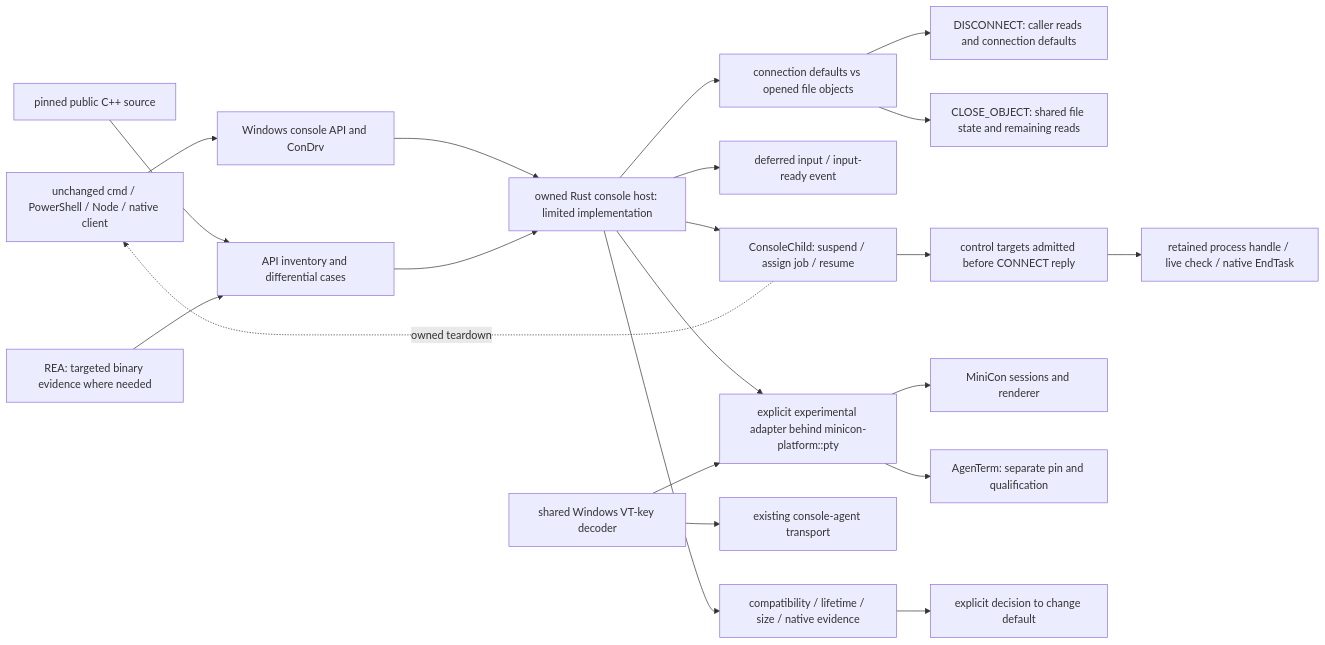
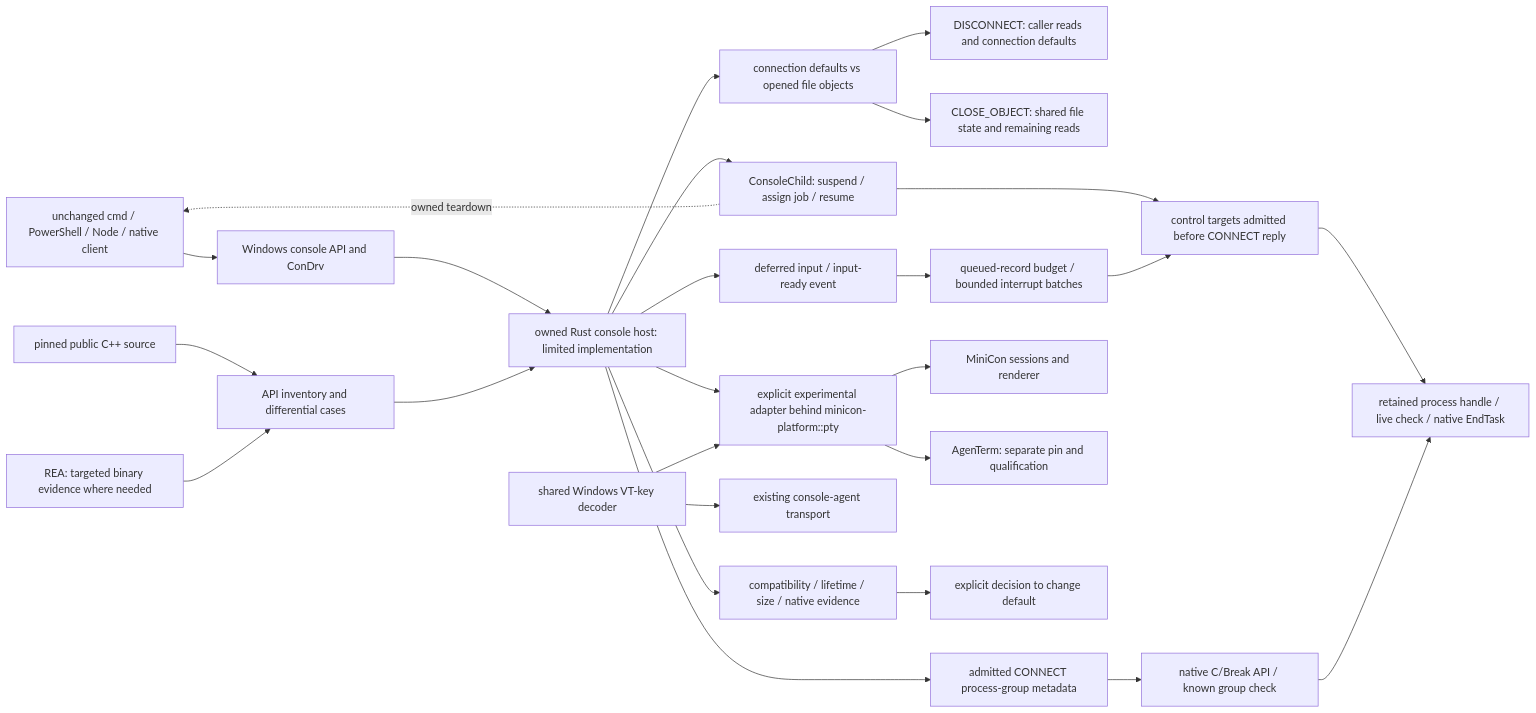
The diagram in prd/PRD_02_34_windows_console_backend.md (partnernetsoftware/minicon), drawn with Mermaid before and after one commit. The commit also changed other lines of this file and 8 other files, not shown here.

````diff
--- a/prd/PRD_02_34_windows_console_backend.md
+++ b/prd/PRD_02_34_windows_console_backend.md
@@ -54,23 +58,28 @@
 ```mermaid
 flowchart LR
     CLIENT["unchanged cmd / PowerShell / Node / native client"] --> API["Windows console API and ConDrv"]
     API --> HOST["owned Rust console host: limited implementation"]
     HOST --> ADAPTER["explicit experimental adapter behind minicon-platform::pty"]
     HOST --> INPUT["deferred input / input-ready event"]
     HOST --> LIFE["connection defaults vs opened file objects"]
     LIFE --> DEFAULTS["DISCONNECT: caller reads and connection defaults"]
     LIFE --> FILES["CLOSE_OBJECT: shared file state and remaining reads"]
     HOST --> JOB["ConsoleChild: suspend / assign job / resume"]
     JOB --> SIGNAL["control targets admitted before CONNECT reply"]
     SIGNAL --> RETAIN["retained process handle / live check / native EndTask"]
+    HOST --> GROUP["admitted CONNECT process-group metadata"]
+    GROUP --> GENERATE["native C/Break API / known group check"]
+    GENERATE --> RETAIN
+    INPUT --> CAP["queued-record budget / bounded interrupt batches"]
+    CAP --> SIGNAL
     JOB -. "owned teardown" .-> CLIENT
     ADAPTER --> MC["MiniCon sessions and renderer"]
     ADAPTER --> AG["AgenTerm: separate pin and qualification"]
     KEYS["shared Windows VT-key decoder"] --> ADAPTER
     KEYS --> OLD["existing console-agent transport"]
     SRC["pinned public C++ source"] --> SPEC["API inventory and differential cases"]
     REA["REA: targeted binary evidence where needed"] --> SPEC
     SPEC --> HOST
     GATE["compatibility / lifetime / size / native evidence"] --> DEFAULT["explicit decision to change default"]
     HOST --> GATE
 ```
````
